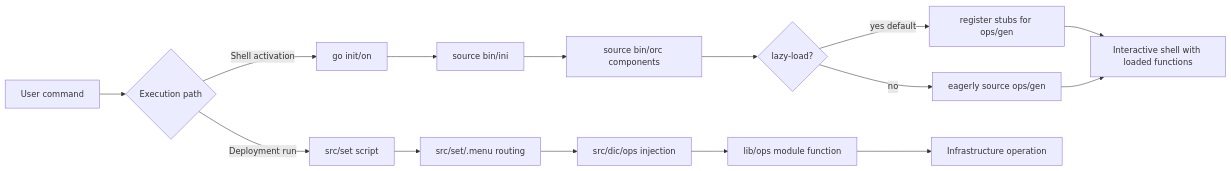
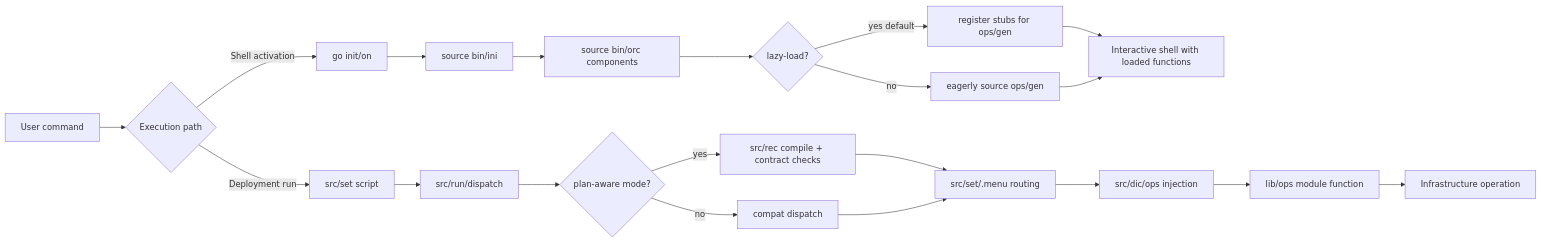
Before and after one commit to woeiru/lab: the second of 2 diagrams in doc/arc/00-architecture-overview.md, drawn with Mermaid. The commit also changed other lines of this file and 16 other files, not shown here.

Commit message:
docs: align declarative rec/run architecture narrative

````diff
--- a/doc/arc/00-architecture-overview.md
+++ b/doc/arc/00-architecture-overview.md
@@ -85,18 +99,23 @@
 ```mermaid
 flowchart LR
     A[User command] --> B{Execution path}
     B -->|Shell activation| C[go init/on]
     C --> D[source bin/ini]
     D --> E[source bin/orc components]
     E --> E1{lazy-load?}
     E1 -->|yes default| E2[register stubs for ops/gen]
     E1 -->|no| E3[eagerly source ops/gen]
     E2 --> F[Interactive shell with loaded functions]
     E3 --> F
 
     B -->|Deployment run| G[src/set script]
-    G --> H[src/set/.menu routing]
-    H --> I[src/dic/ops injection]
-    I --> J[lib/ops module function]
-    J --> K[Infrastructure operation]
+    G --> H[src/run/dispatch]
+    H --> I{plan-aware mode?}
+    I -->|yes| J[src/rec compile + contract checks]
+    I -->|no| K[compat dispatch]
+    J --> L[src/set/.menu routing]
+    K --> L
+    L --> M[src/dic/ops injection]
+    M --> N[lib/ops module function]
+    N --> O[Infrastructure operation]
 ```
````
